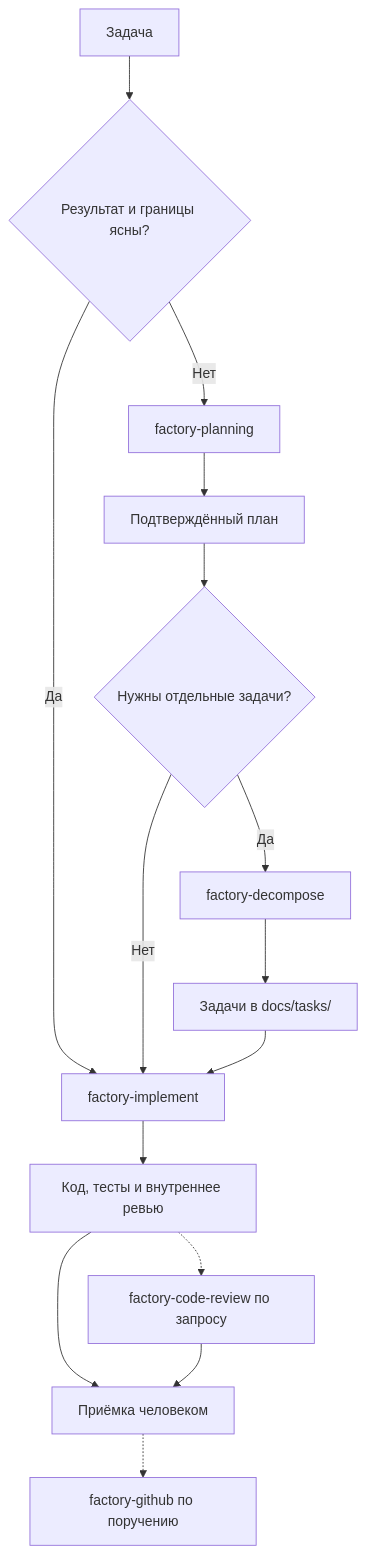
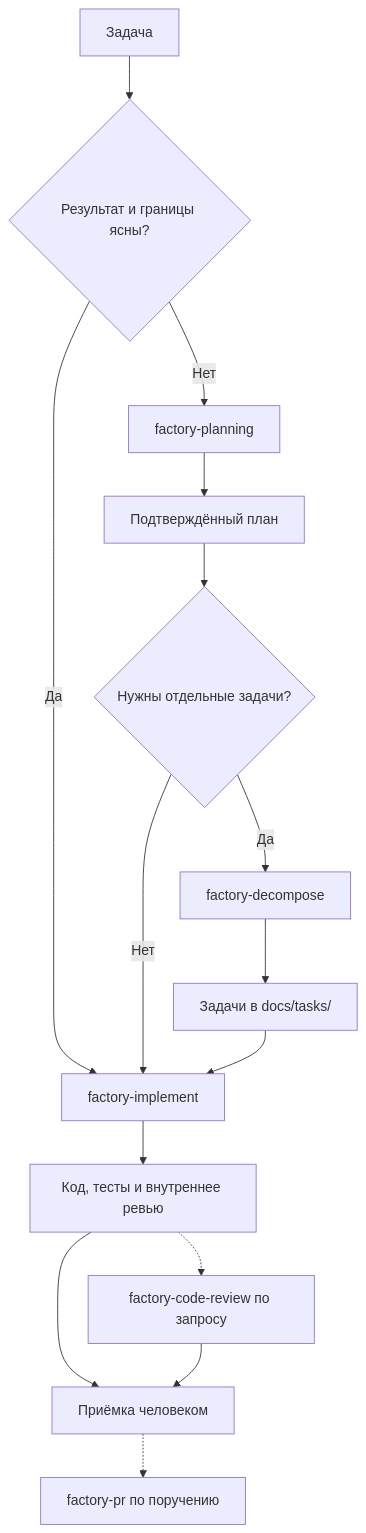
Before and after one commit to Overman775/anistar-tv_ai-software-factory: the diagram in docs/07_ai_tooling.md, drawn with Mermaid. The commit also changed other lines of this file and 15 other files, not shown here.

````diff
--- a/docs/07_ai_tooling.md
+++ b/docs/07_ai_tooling.md
@@ -137,17 +137,17 @@
 ```mermaid
 flowchart TD
     Request["Задача"] --> Choice{"Результат и границы ясны?"}
     Choice -->|Да| Implement["factory-implement"]
     Choice -->|Нет| Planning["factory-planning"]
     Planning --> Plan["Подтверждённый план"]
     Plan --> Split{"Нужны отдельные задачи?"}
     Split -->|Нет| Implement
     Split -->|Да| Decompose["factory-decompose"]
     Decompose --> Tasks["Задачи в docs/tasks/"]
     Tasks --> Implement
     Implement --> Result["Код, тесты и внутреннее ревью"]
     Result --> Human["Приёмка человеком"]
     Result -.-> Review["factory-code-review по запросу"]
     Review --> Human
-    Human -.-> GitHub["factory-github по поручению"]
+    Human -.-> PR["factory-pr по поручению"]
 ```
````
